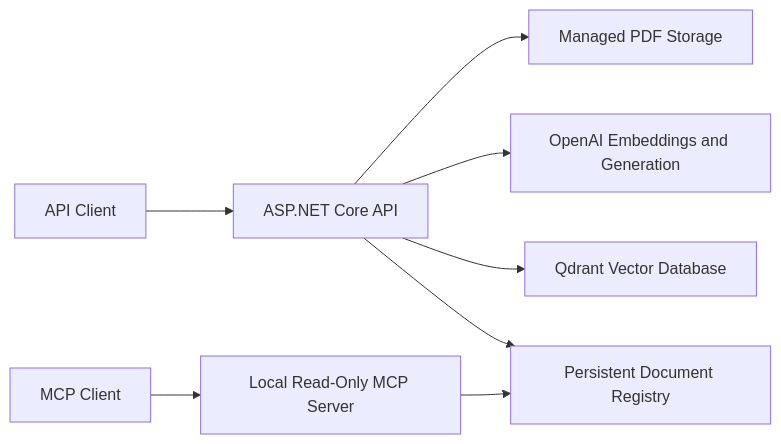
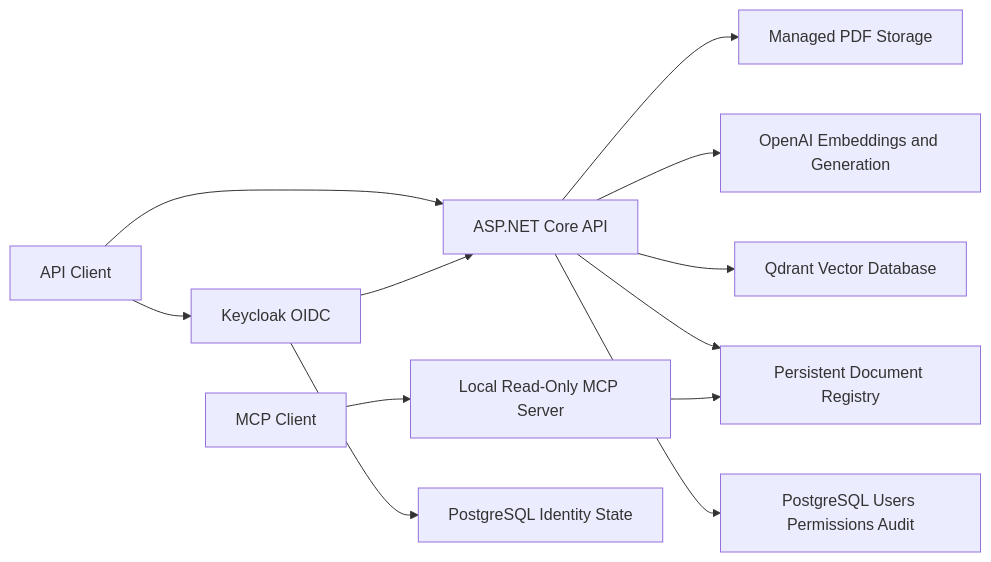
The diagram in README.md (ElieSaberGit/enterprise-ai-knowledge-assistant-portfolio), drawn with Mermaid before and after one commit. The commit also changed other lines of this file, not shown here.

````diff
--- a/README.md
+++ b/README.md
@@ -23,10 +23,14 @@
 ```mermaid
 flowchart LR
-    Client[API Client] --> API[ASP.NET Core API]
+    Client[API Client] --> Keycloak[Keycloak OIDC]
+    Client --> API[ASP.NET Core API]
+    Keycloak --> API
     MCPClient[MCP Client] --> MCP[Local Read-Only MCP Server]
     API --> Files[Managed PDF Storage]
     API --> OpenAI[OpenAI Embeddings and Generation]
     API --> Qdrant[Qdrant Vector Database]
     API --> Registry[Persistent Document Registry]
+    API --> AppDB[PostgreSQL Users Permissions Audit]
+    Keycloak --> IdentityDB[PostgreSQL Identity State]
     MCP --> Registry
 ```
````
